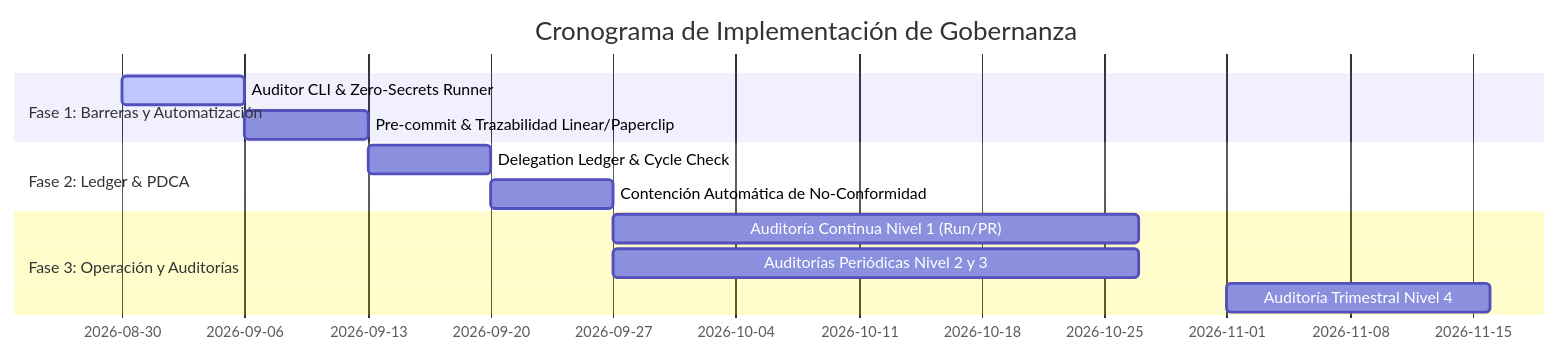
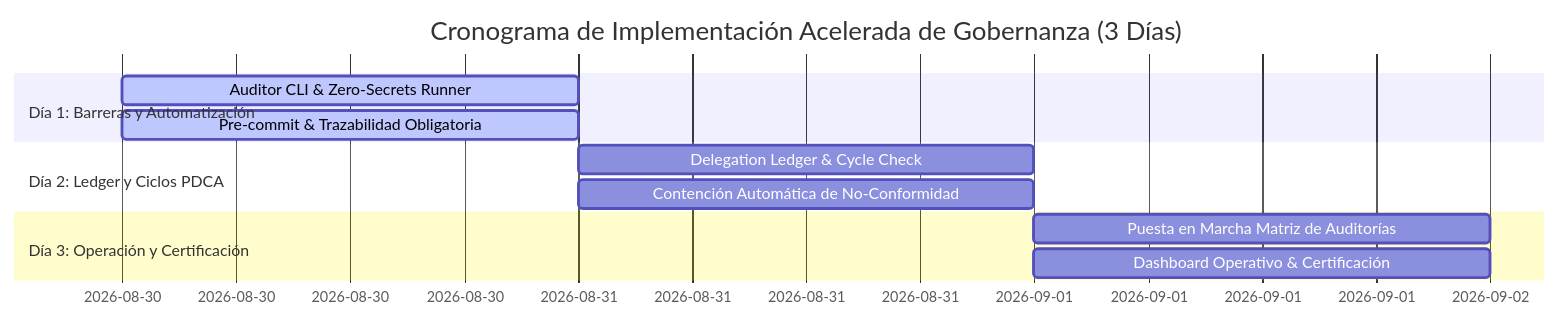
The diagram in docs/GOVERNANCE_IMPLEMENTATION_AND_AUDIT_PLAN.md (aavendano/agos-services), drawn with Mermaid before and after one commit. The commit also changed other lines of this file, not shown here.

````diff
--- a/docs/GOVERNANCE_IMPLEMENTATION_AND_AUDIT_PLAN.md
+++ b/docs/GOVERNANCE_IMPLEMENTATION_AND_AUDIT_PLAN.md
@@ -20,15 +21,14 @@
 ```mermaid
 gantt
-    title Cronograma de Implementación de Gobernanza
+    title Cronograma de Implementación Acelerada de Gobernanza (3 Días)
     dateFormat  YYYY-MM-DD
-    section Fase 1: Barreras y Automatización
-    Auditor CLI & Zero-Secrets Runner       :active, p1, 2026-08-30, 7d
-    Pre-commit & Trazabilidad Linear/Paperclip: p2, after p1, 7d
-    section Fase 2: Ledger & PDCA
-    Delegation Ledger & Cycle Check         : p3, 2026-09-13, 7d
-    Contención Automática de No-Conformidad : p4, after p3, 7d
-    section Fase 3: Operación y Auditorías
-    Auditoría Continua Nivel 1 (Run/PR)     : p5, 2026-09-27, 30d
-    Auditorías Periódicas Nivel 2 y 3       : p6, 2026-09-27, 30d
-    Auditoría Trimestral Nivel 4            : p7, 2026-11-01, 15d
+    section Día 1: Barreras y Automatización
+    Auditor CLI & Zero-Secrets Runner       :active, d1_1, 2026-08-30, 1d
+    Pre-commit & Trazabilidad Obligatoria  :active, d1_2, 2026-08-30, 1d
+    section Día 2: Ledger y Ciclos PDCA
+    Delegation Ledger & Cycle Check         : d2_1, 2026-08-31, 1d
+    Contención Automática de No-Conformidad : d2_2, 2026-08-31, 1d
+    section Día 3: Operación y Certificación
+    Puesta en Marcha Matriz de Auditorías   : d3_1, 2026-09-01, 1d
+    Dashboard Operativo & Certificación     : d3_2, 2026-09-01, 1d
 ```
````
